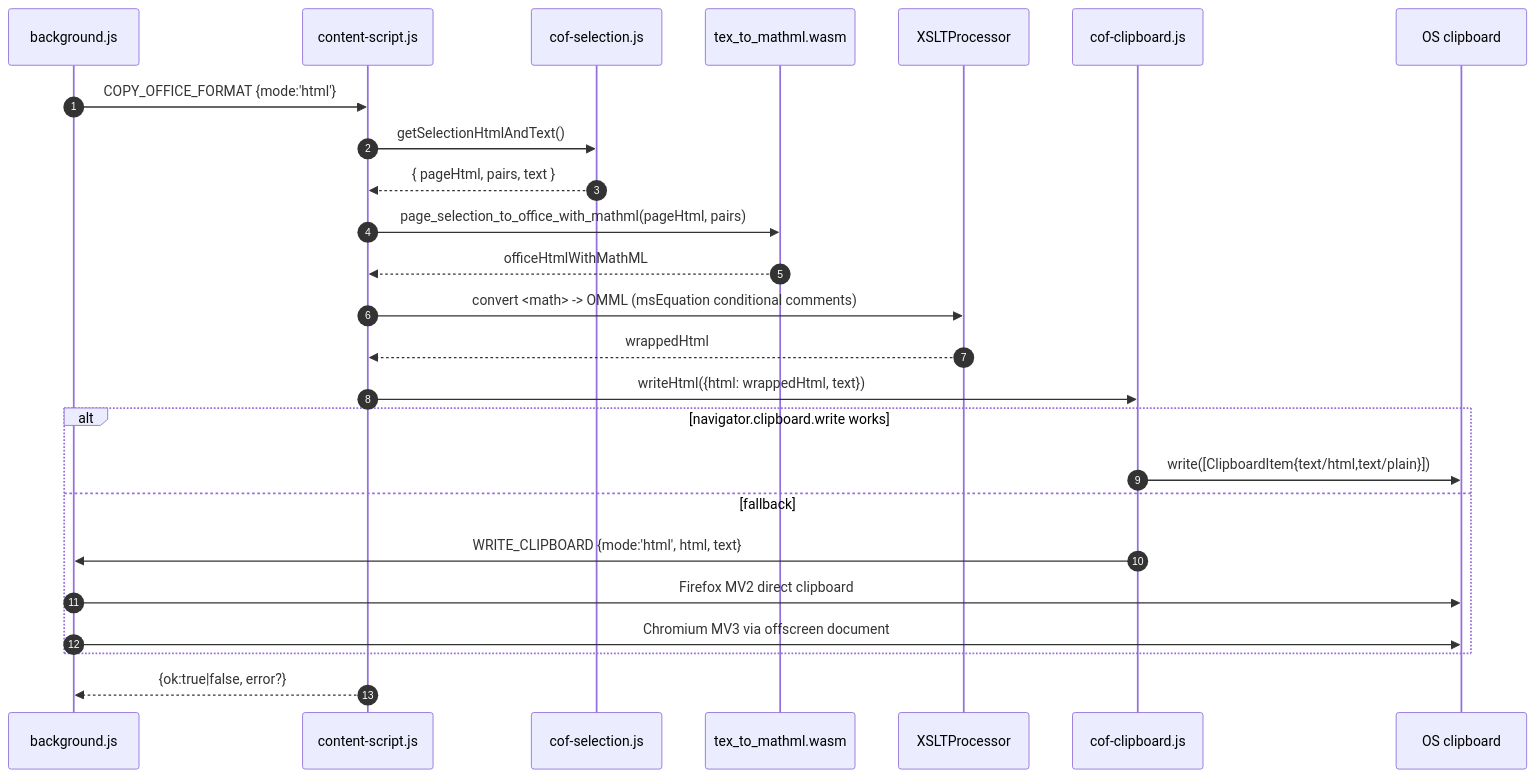
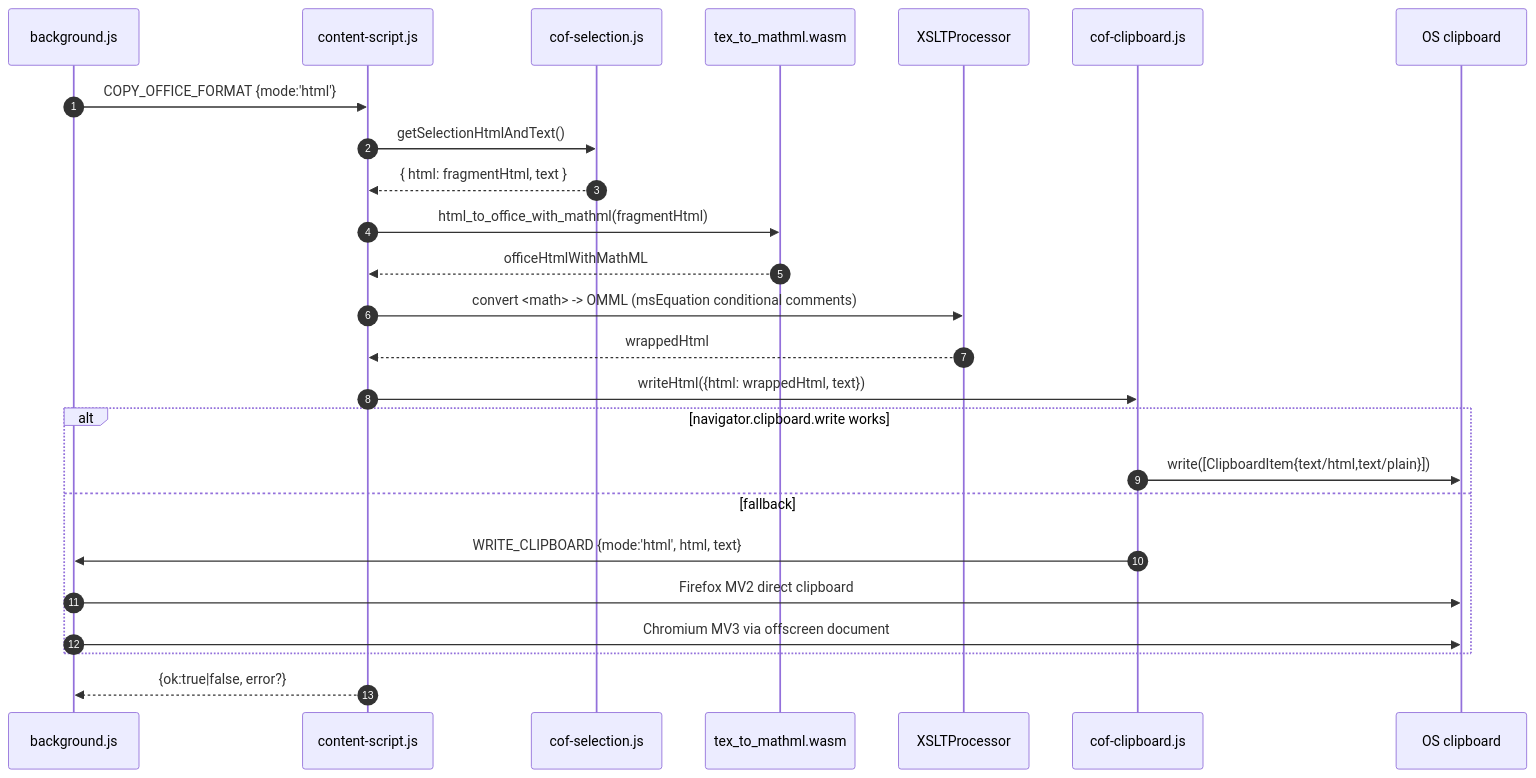
The third of 3 diagrams in diagram.md (AlHeloween/gpt-latex-ctrl-c-v), drawn with Mermaid before and after one commit. The commit also changed other lines of this file and 13 other files, not shown here.

````diff
--- a/diagram.md
+++ b/diagram.md
@@ -60,28 +60,28 @@
 ```mermaid
 sequenceDiagram
   autonumber
   participant BG as background.js
   participant CS as content-script.js
   participant S as cof-selection.js
   participant W as tex_to_mathml.wasm
   participant X as XSLTProcessor
   participant C as cof-clipboard.js
   participant CLIP as OS clipboard
 
   BG->>CS: COPY_OFFICE_FORMAT {mode:'html'}
   CS->>S: getSelectionHtmlAndText()
-  S-->>CS: { pageHtml, pairs, text }
-  CS->>W: page_selection_to_office_with_mathml(pageHtml, pairs)
+  S-->>CS: { html: fragmentHtml, text }
+  CS->>W: html_to_office_with_mathml(fragmentHtml)
   W-->>CS: officeHtmlWithMathML
   CS->>X: convert <math> -> OMML (msEquation conditional comments)
   X-->>CS: wrappedHtml
   CS->>C: writeHtml({html: wrappedHtml, text})
   alt navigator.clipboard.write works
     C->>CLIP: write([ClipboardItem{text/html,text/plain}])
   else fallback
     C->>BG: WRITE_CLIPBOARD {mode:'html', html, text}
     BG->>CLIP: Firefox MV2 direct clipboard
     BG->>CLIP: Chromium MV3 via offscreen document
   end
   CS-->>BG: {ok:true|false, error?}
 ```
````
